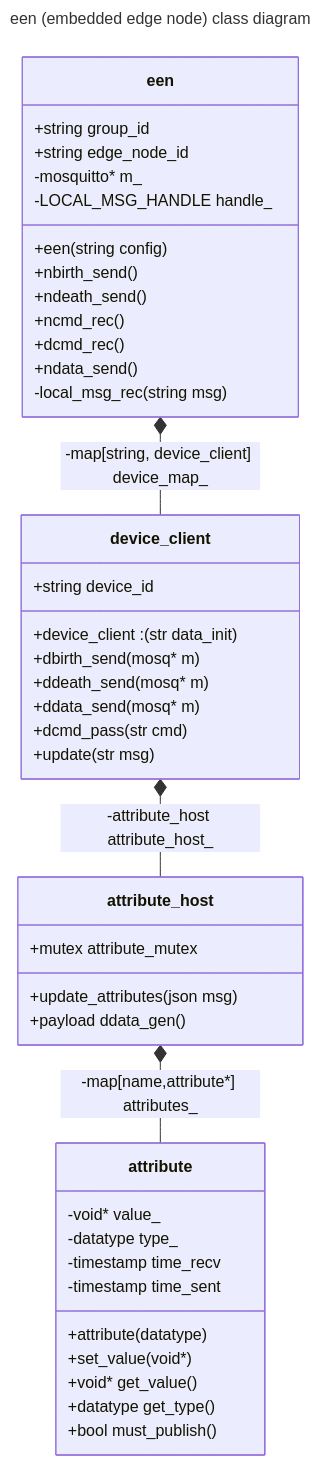
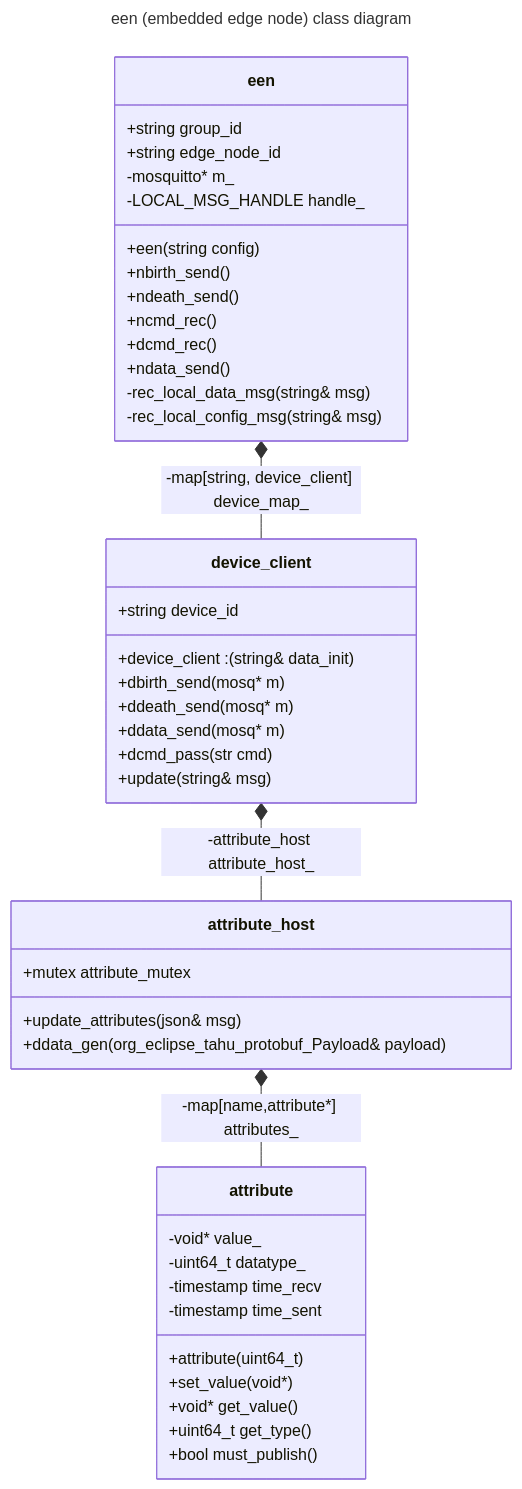
The second of 2 diagrams in README.md (DJTakushi/spbd), drawn with Mermaid before and after one commit. The commit also changed other lines of this file, not shown here.

Commit message:
config channel; datatype->uint64_t;  payload def

````diff
--- a/README.md
+++ b/README.md
@@ -37,52 +38,53 @@
 ```mermaid
 ---
 title: een (embedded edge node) class diagram
 ---
 classDiagram
 
 class een{
   +string group_id
   +string edge_node_id
   -mosquitto* m_
   -LOCAL_MSG_HANDLE handle_
   +een(string config)
   +nbirth_send()
   +ndeath_send()
   +ncmd_rec()
   +dcmd_rec()
   +ndata_send()
-  -local_msg_rec(string msg)
+  -rec_local_data_msg(string& msg)
+  -rec_local_config_msg(string& msg)
 }
 
 class device_client{
   +string device_id
 
-  +device_client : (str data_init)
+  +device_client : (string& data_init)
   +dbirth_send(mosq* m)
   +ddeath_send(mosq* m)
   +ddata_send(mosq* m)
   +dcmd_pass(str cmd)
-  +update(str msg)
+  +update(string& msg)
 }
 een *-- device_client : -map[string, device_client] device_map_
 
 class attribute_host{
   +mutex attribute_mutex
-  +update_attributes(json msg)
-  +payload ddata_gen()
+  +update_attributes(json& msg)
+  +ddata_gen(org_eclipse_tahu_protobuf_Payload& payload)
 }
 device_client *-- attribute_host : -attribute_host attribute_host_
 
 class attribute{
   -void* value_
-  -datatype type_
+  -uint64_t datatype_
   -timestamp time_recv
   -timestamp time_sent
-  +attribute(datatype)
+  +attribute(uint64_t)
   +set_value(void*)
   +void* get_value()
-  +datatype get_type()
+  +uint64_t get_type()
   +bool must_publish()
 }
 attribute_host *-- attribute : -map[name,attribute*] attributes_
 ```
````
